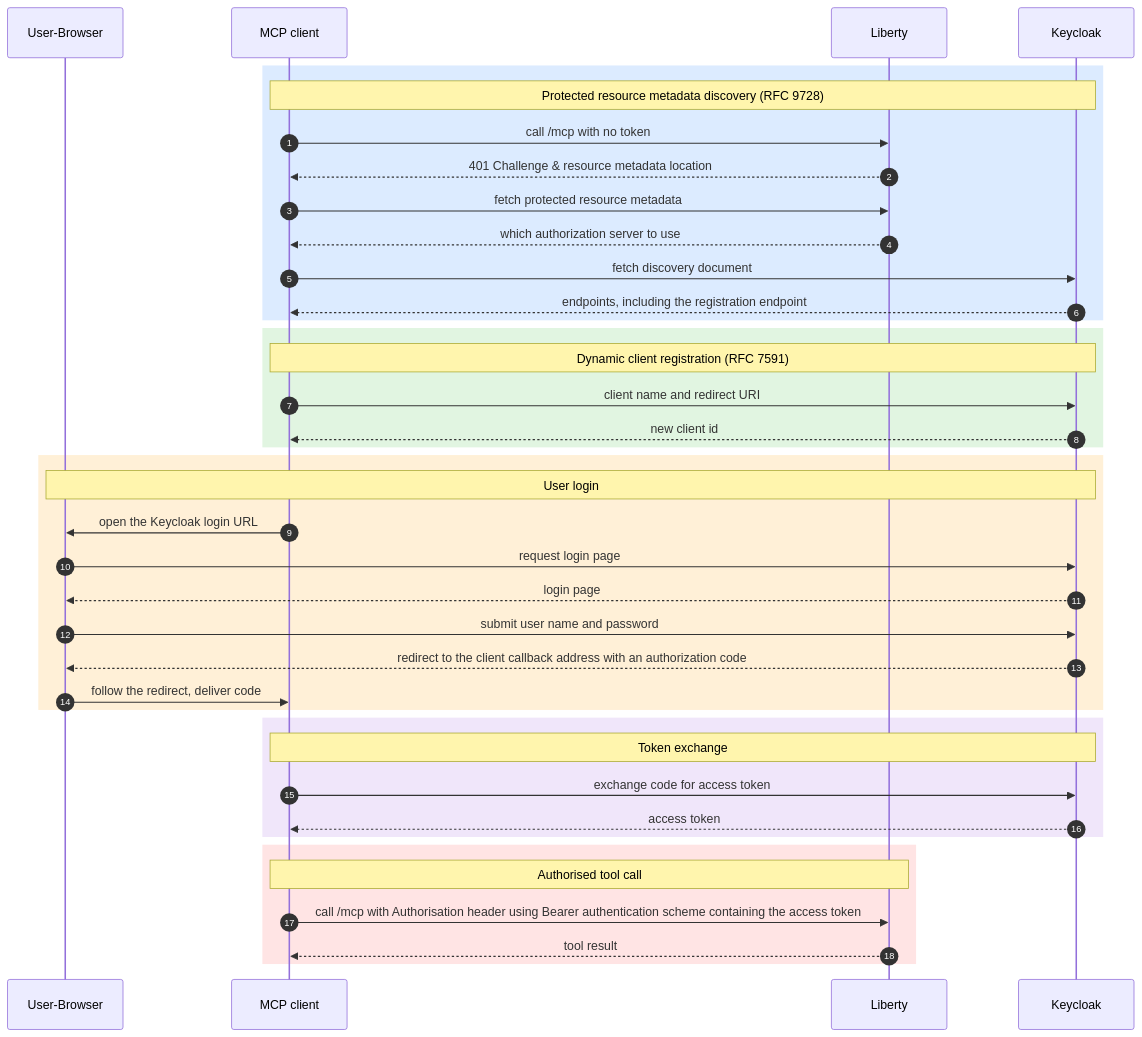
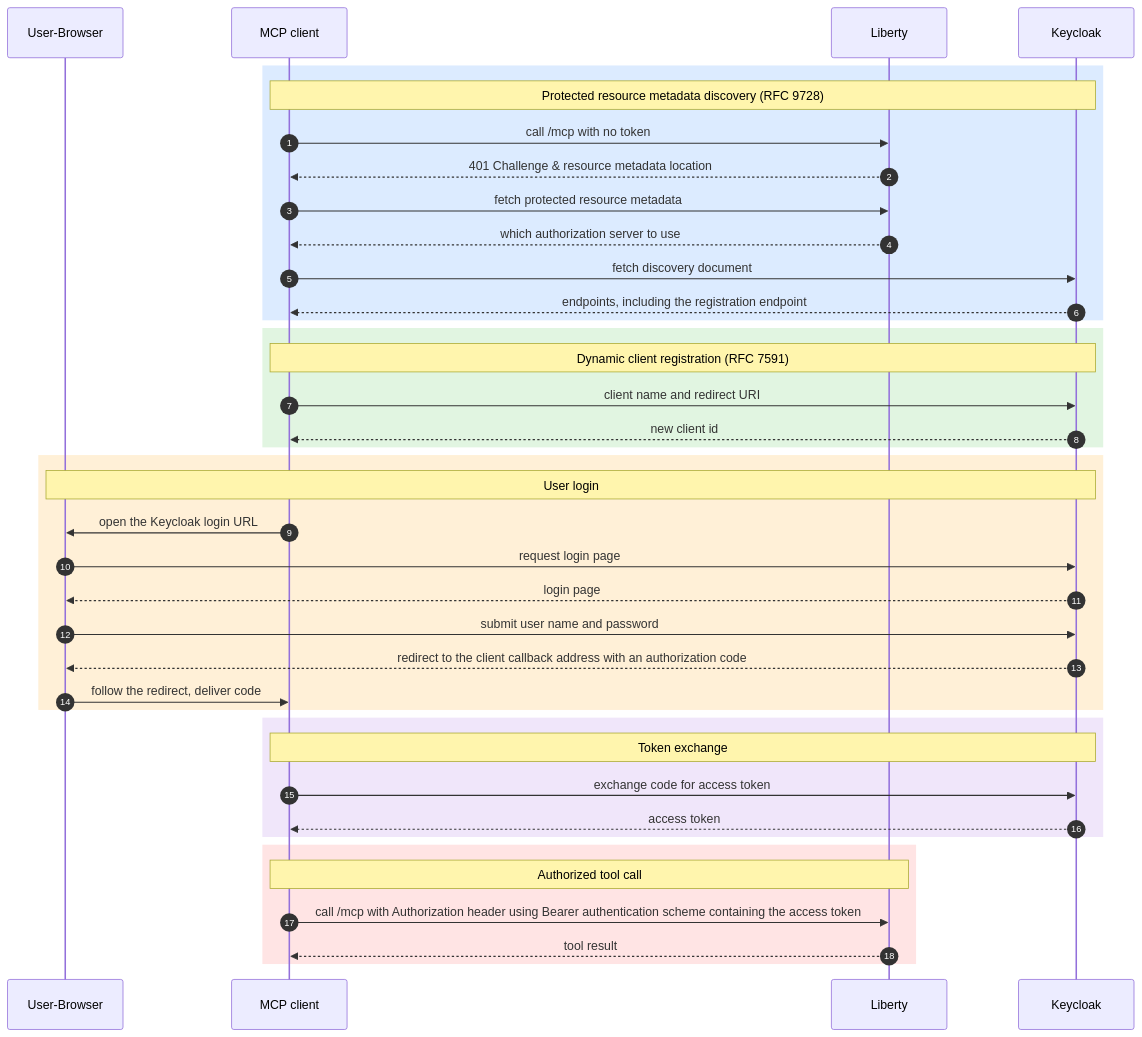
The diagram in MCP-OAUTH-BLOG.md (martindrozdz/liberty-mcp-oauth-keycloak), drawn with Mermaid before and after one commit. The commit also changed other lines of this file and 5 other files, not shown here.

````diff
--- a/MCP-OAUTH-BLOG.md
+++ b/MCP-OAUTH-BLOG.md
@@ -539,42 +539,42 @@
 ```mermaid
 sequenceDiagram
     autonumber
     participant B as User-Browser
     participant C as MCP client
     participant L as Liberty
     participant K as Keycloak
     rect rgb(220, 235, 255)
     Note over C,K: Protected resource metadata discovery (RFC 9728)
     C->>L: call /mcp with no token
     L-->>C: 401 Challenge & resource metadata location
     C->>L: fetch protected resource metadata
     L-->>C: which authorization server to use
     C->>K: fetch discovery document
     K-->>C: endpoints, including the registration endpoint
     end
     rect rgb(225, 245, 225)
     Note over C,K: Dynamic client registration (RFC 7591)
 
     C->>K: client name and redirect URI
     K-->>C: new client id
     end
     rect rgb(255, 240, 215)
     Note over B,K: User login
     C->>B: open the Keycloak login URL
     B->>K: request login page
     K-->>B: login page
     B->>K: submit user name and password 
     K-->>B: redirect to the client callback address with an authorization code
     B->>C: follow the redirect, deliver code
     end
     rect rgb(240, 230, 250)
     Note over C,K: Token exchange
     C->>K: exchange code for access token
     K-->>C: access token
     end
     rect rgb(255, 228, 228)
-    Note over C,L: Authorised tool call
-    C->>L: call /mcp with Authorisation header using Bearer authentication scheme containing the access token
+    Note over C,L: Authorized tool call
+    C->>L: call /mcp with Authorization header using Bearer authentication scheme containing the access token
     L-->>C: tool result
     end
 ```
````
